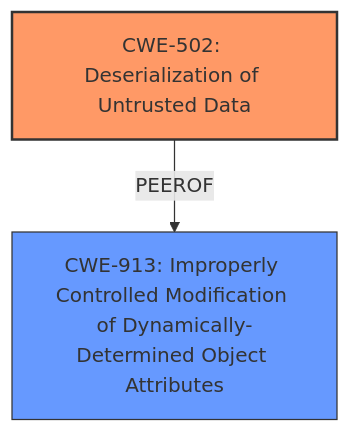
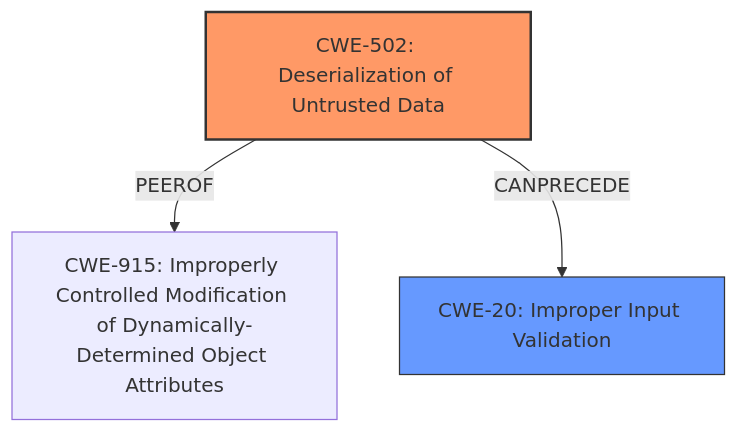
One commit to CyberSecAI/cwe_agent_assign_reports_2023 changed the diagram in CVE-2021-27852/CVE-2021-27852_analysis.md. Above: the diagram before and after it, drawn with Mermaid. The commit also changed other lines of this file and 902 other files, not shown here.

````diff
--- a/CVE-2021-27852/CVE-2021-27852_analysis.md
+++ b/CVE-2021-27852/CVE-2021-27852_analysis.md
@@ -16,13 +17,15 @@
 ```mermaid
 graph TD
     cwe502["CWE-502: Deserialization of Untrusted Data"]
-    cwe913["CWE-913: Improperly Controlled Modification of Dynamically-Determined Object Attributes"]
-    
+    cwe913["CWE-915: Improperly Controlled Modification of Dynamically-Determined Object Attributes"]
+    cwe20["CWE-20: Improper Input Validation"]
+
     cwe502 -- PEEROF --> cwe913
-    
+    cwe502 -- CANPRECEDE --> cwe20
+
     classDef primary fill:#f96,stroke:#333,stroke-width:2px
     classDef secondary fill:#69f,stroke:#333
-    
+    classDef tertiary fill:#9e9,stroke:#333
     class cwe502 primary
-    class cwe913 secondary
+    class cwe20 secondary
 ```
````
